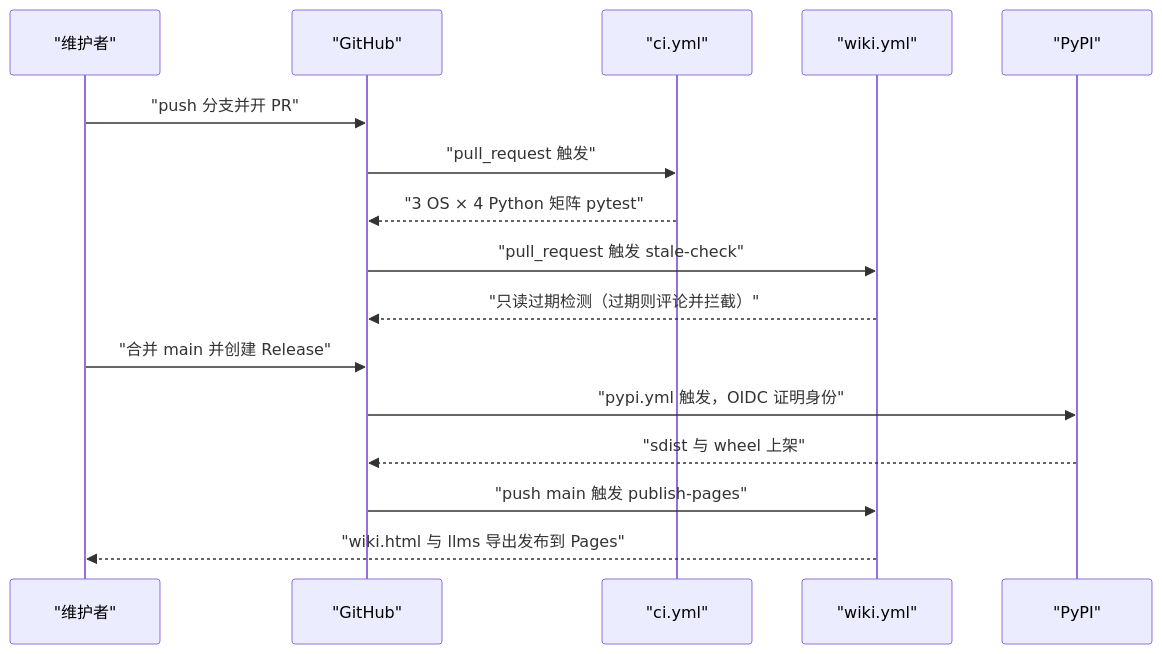
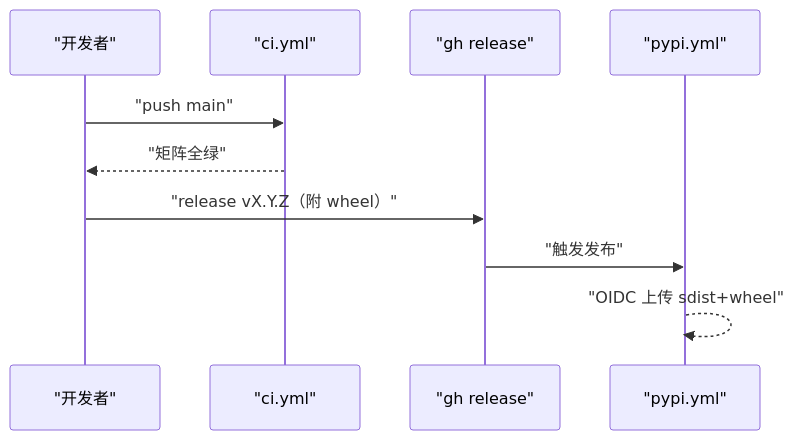
The second of 3 diagrams in .repowiki/zh/content/测试与工程化/CI 与发布流水线.md (luomsis/repowiki), drawn with Mermaid before and after one commit. The commit also changed other lines of this file and 100 other files, not shown here.

````diff
--- a/.repowiki/zh/content/测试与工程化/CI 与发布流水线.md
+++ b/.repowiki/zh/content/测试与工程化/CI 与发布流水线.md
@@ -85,18 +74,12 @@
 ```mermaid
 sequenceDiagram
-participant Dev as "维护者"
-participant GH as "GitHub"
+participant D as "开发者"
 participant CI as "ci.yml"
-participant Wiki as "wiki.yml"
-participant PyPI as "PyPI"
-Dev->>GH : "push 分支并开 PR"
-GH->>CI : "pull_request 触发"
-CI-->>GH : "3 OS × 4 Python 矩阵 pytest"
-GH->>Wiki : "pull_request 触发 stale-check"
-Wiki-->>GH : "只读过期检测（过期则评论并拦截）"
-Dev->>GH : "合并 main 并创建 Release"
-GH->>PyPI : "pypi.yml 触发，OIDC 证明身份"
-PyPI-->>GH : "sdist 与 wheel 上架"
-GH->>Wiki : "push main 触发 publish-pages"
-Wiki-->>Dev : "wiki.html 与 llms 导出发布到 Pages"
+participant GH as "gh release"
+participant PY as "pypi.yml"
+D->>CI : "push main"
+CI-->>D : "矩阵全绿"
+D->>GH : "release vX.Y.Z（附 wheel）"
+GH->>PY : "触发发布"
+PY-->>PY : "OIDC 上传 sdist+wheel"
 ```
````
